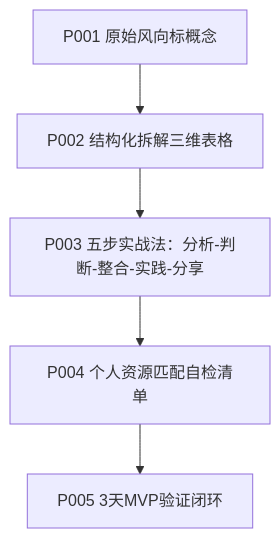
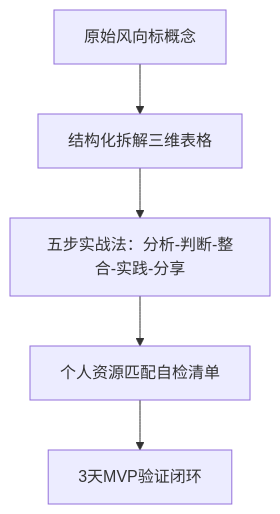
Before and after one commit to OpenDocCN1/flygon-zhuanqian-zhoubao: the first of 11 diagrams in docs/202303_paper2textbook/chapter_087.md, drawn with Mermaid. The commit also changed other lines of this file and 1 other file, not shown here.

````diff
--- a/docs/202303_paper2textbook/chapter_087.md
+++ b/docs/202303_paper2textbook/chapter_087.md
@@ -71,7 +72,7 @@
 ```mermaid
 graph TD
-    A[P001 原始风向标概念] --> B[P002 结构化拆解三维表格]
-    B --> C[P003 五步实战法：分析-判断-整合-实践-分享]
-    C --> D[P004 个人资源匹配自检清单]
-    D --> E[P005 3天MVP验证闭环]
+    A[原始风向标概念] --> B[结构化拆解三维表格]
+    B --> C[五步实战法：分析-判断-整合-实践-分享]
+    C --> D[个人资源匹配自检清单]
+    D --> E[3天MVP验证闭环]
 ```
````
